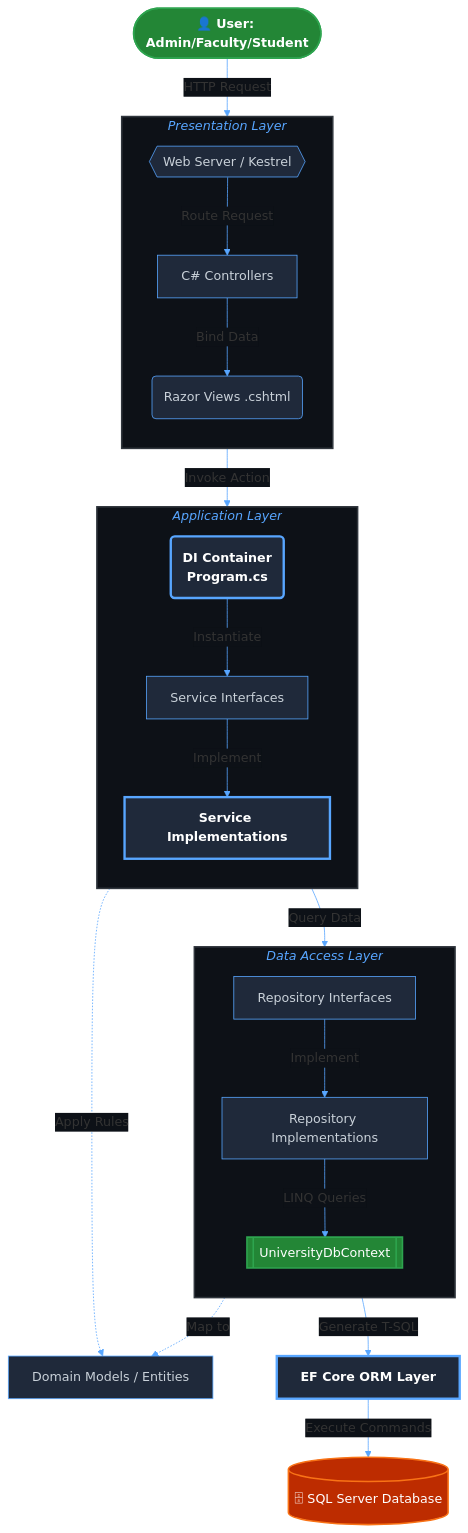
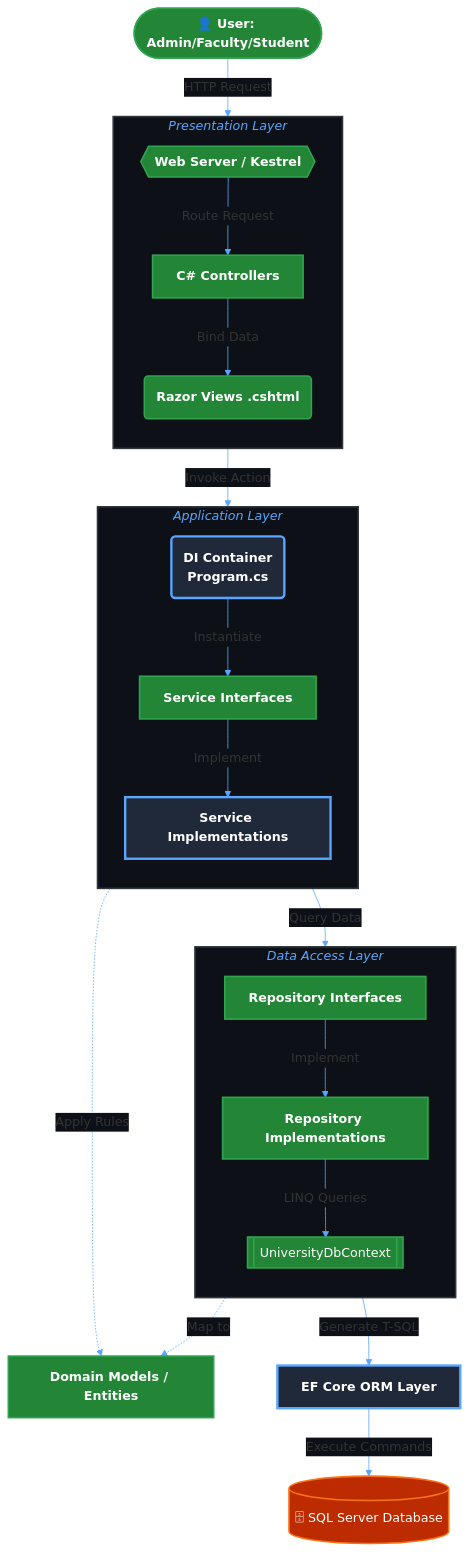
One commit to Mani-741/ABC_University_Management changed the first of 2 diagrams in README.md. Above: the diagram before and after it, drawn with Mermaid.

````diff
--- a/README.md
+++ b/README.md
@@ -16,48 +16,48 @@
 ```mermaid
 %%{init: {'theme': 'base', 'themeVariables': { 'primaryColor': '#161b22', 'edgeLabelBackground':'#0d1117', 'tertiaryColor': '#0d1117', 'lineColor': '#58a6ff', 'mainBkg': '#0d1117'}}}%%
 
 flowchart TD
     %% Custom Styling for a Professional Dark Theme
     classDef userNode fill:#238636,stroke:#2ea44f,stroke-width:2px,color:#ffffff,font-weight:bold;
     classDef layerBox fill:#0d1117,stroke:#30363d,stroke-width:2px,color:#58a6ff,font-style:italic;
-    classDef actionNode fill:#1f293a,stroke:#58a6ff,stroke-width:1px,color:#c9d1d9;
+    classDef actionNode fill:#238636,stroke:#2ea44f,stroke-width:2px,color:#ffffff,font-weight:bold;
     classDef pulsingNode fill:#1f293a,stroke:#58a6ff,stroke-width:3px,color:#ffffff,font-weight:bold;
     classDef dbNode fill:#bd2c00,stroke:#f97316,stroke-width:2px,color:#ffffff;
     classDef persistenceNode fill:#238636,stroke:#2ea44f,stroke-width:2px,color:#ffffff;
 
     %% Workflow start
     User([👤 User: Admin/Faculty/Student]):::userNode -->|HTTP Request| Nginx{{Web Server / Kestrel}}:::actionNode
     
     subgraph Presentation_Layer [Presentation Layer]
         direction TB
         Nginx -->|Route Request| Ctrl[C# Controllers]:::actionNode
         Ctrl -->|Bind Data| Razor(Razor Views .cshtml):::actionNode
     end
     
     Ctrl -->|Invoke Action| DI_Cont(DI Container <br> Program.cs):::pulsingNode
     
     subgraph App_Layer [Application Layer]
         direction TB
         DI_Cont -->|Instantiate| SI[Service Interfaces]:::actionNode
         SI -->|Implement| SL[Service Implementations]:::pulsingNode
     end
     
     %% Models Shared
     MD[Domain Models / Entities]:::actionNode
     
     SL -.->|Apply Rules| MD
     SL -->|Query Data| RI[Repository Interfaces]:::actionNode
     
     subgraph Data_Layer [Data Access Layer]
         direction TB
         RI -->|Implement| RL[Repository Implementations]:::actionNode
         RL -->|LINQ Queries| DBC[[UniversityDbContext]]:::persistenceNode
     end
     
     DBC -.->|Map to| MD
     DBC -->|Generate T-SQL| EF[EF Core ORM Layer]:::pulsingNode
     EF -->|Execute Commands| SQLServer[(🗄 SQL Server Database)]:::dbNode
 
     %% Styling the Subgraph Headers
     class Presentation_Layer,App_Layer,Data_Layer layerBox;
 ```
````
